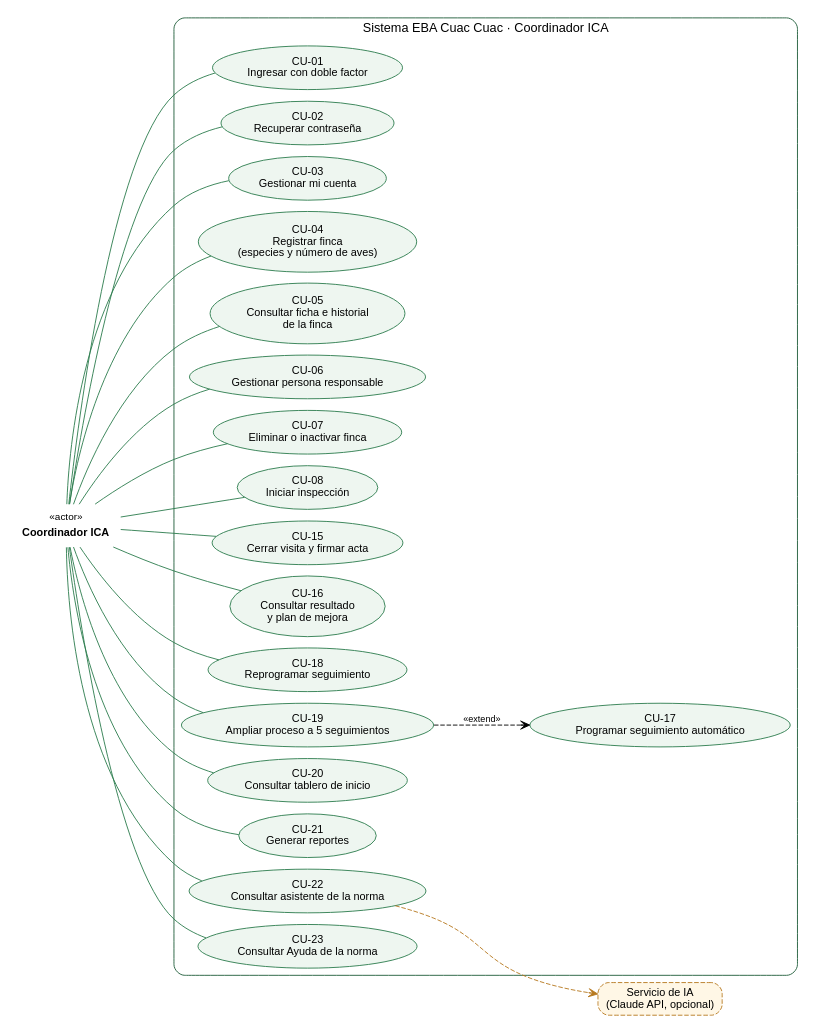
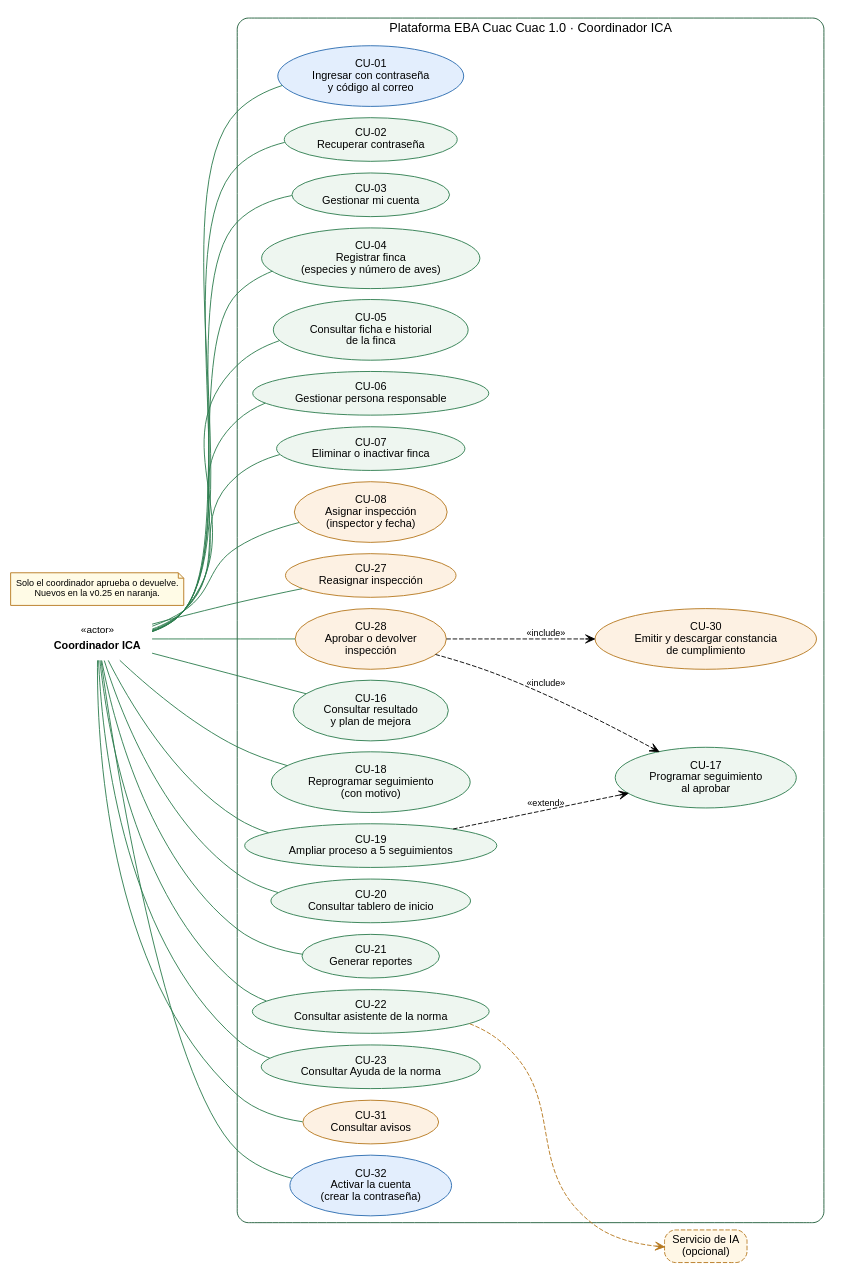
One commit to luisalejandroavilacastillo-stack/EBA_Cuac_Cuac changed the diagram in codigo/docs/uml/fuentes/cu_02_coordinador.dot. Above: the diagram before and after it, drawn with Graphviz. The commit also changed 388 other files, not shown here.

```diff
--- a/codigo/docs/uml/fuentes/cu_02_coordinador.dot
+++ b/codigo/docs/uml/fuentes/cu_02_coordinador.dot
@@ -1,44 +1,54 @@
 digraph G {
 rankdir=LR; nodesep=0.18; ranksep=0.9; fontname="Arial"; bgcolor="white";
 node [fontname="Arial", fontsize=12]; edge [fontname="Arial", fontsize=10, arrowhead=none, color="#2e7d4f"];
 A [shape=none, label=<<table border="0"><tr><td><font point-size="11" color="#555">«actor»</font></td></tr><tr><td><b>Coordinador ICA</b></td></tr></table>>];
-subgraph cluster_s { label="Sistema EBA Cuac Cuac · Coordinador ICA"; style="rounded"; color="#1f5d3a"; fontsize=14;
+subgraph cluster_s { label="Plataforma EBA Cuac Cuac 1.0 · Coordinador ICA"; style="rounded"; color="#1f5d3a"; fontsize=14;
 node [shape=ellipse, style=filled, fillcolor="#eef6f0", color="#2e7d4f"];
-C1 [label="CU-01\nIngresar con doble factor"];
+C1 [label="CU-01\nIngresar con contraseña\ny código al correo", fillcolor="#e3eefd", color="#2b6cb0"];
 C2 [label="CU-02\nRecuperar contraseña"];
 C3 [label="CU-03\nGestionar mi cuenta"];
 C4 [label="CU-04\nRegistrar finca\n(especies y número de aves)"];
 C5 [label="CU-05\nConsultar ficha e historial\nde la finca"];
 C6 [label="CU-06\nGestionar persona responsable"];
 C7 [label="CU-07\nEliminar o inactivar finca"];
-C8 [label="CU-08\nIniciar inspección"];
-C15 [label="CU-15\nCerrar visita y firmar acta"];
+C8 [label="CU-08\nAsignar inspección\n(inspector y fecha)", fillcolor="#fdf1e3", color="#b7791f"];
+C27 [label="CU-27\nReasignar inspección", fillcolor="#fdf1e3", color="#b7791f"];
+C28 [label="CU-28\nAprobar o devolver\ninspección", fillcolor="#fdf1e3", color="#b7791f"];
 C16 [label="CU-16\nConsultar resultado\ny plan de mejora"];
-C17 [label="CU-17\nProgramar seguimiento automático"];
-C18 [label="CU-18\nReprogramar seguimiento"];
+C17 [label="CU-17\nProgramar seguimiento\nal aprobar"];
+C18 [label="CU-18\nReprogramar seguimiento\n(con motivo)"];
 C19 [label="CU-19\nAmpliar proceso a 5 seguimientos"];
 C20 [label="CU-20\nConsultar tablero de inicio"];
 C21 [label="CU-21\nGenerar reportes"];
 C22 [label="CU-22\nConsultar asistente de la norma"];
 C23 [label="CU-23\nConsultar Ayuda de la norma"];
+C30 [label="CU-30\nEmitir y descargar constancia\nde cumplimiento", fillcolor="#fdf1e3", color="#b7791f"];
+C31 [label="CU-31\nConsultar avisos", fillcolor="#fdf1e3", color="#b7791f"];
+C32 [label="CU-32\nActivar la cuenta\n(crear la contraseña)", fillcolor="#e3eefd", color="#2b6cb0"];
 }
+A -> C32;
 A -> C1;
 A -> C2;
 A -> C3;
 A -> C4;
 A -> C5;
 A -> C6;
 A -> C7;
 A -> C8;
-A -> C15;
+A -> C27;
+A -> C28;
 A -> C16;
 A -> C18;
 A -> C19;
 A -> C20;
 A -> C21;
 A -> C22;
 A -> C23;
+A -> C31;
+C28 -> C17 [style=dashed, arrowhead=vee, label="«include»", color="#666"];
+C28 -> C30 [style=dashed, arrowhead=vee, label="«include»", color="#666"];
 C19 -> C17 [style=dashed, arrowhead=vee, label="«extend»", color="#666"];
-IA [shape=box, style="rounded,dashed,filled", fillcolor="#fff7e6", color="#b7791f", label="Servicio de IA\n(Claude API, opcional)"];
+IA [shape=box, style="rounded,dashed,filled", fillcolor="#fff7e6", color="#b7791f", label="Servicio de IA\n(opcional)"];
 C22 -> IA [style=dashed, arrowhead=vee, color="#b7791f"];
+N [shape=note, style=filled, fillcolor="#fffbe6", color="#b7791f", fontsize=10, label="Solo el coordinador aprueba o devuelve.\nNuevos en la v0.25 en naranja."];
 }
```
